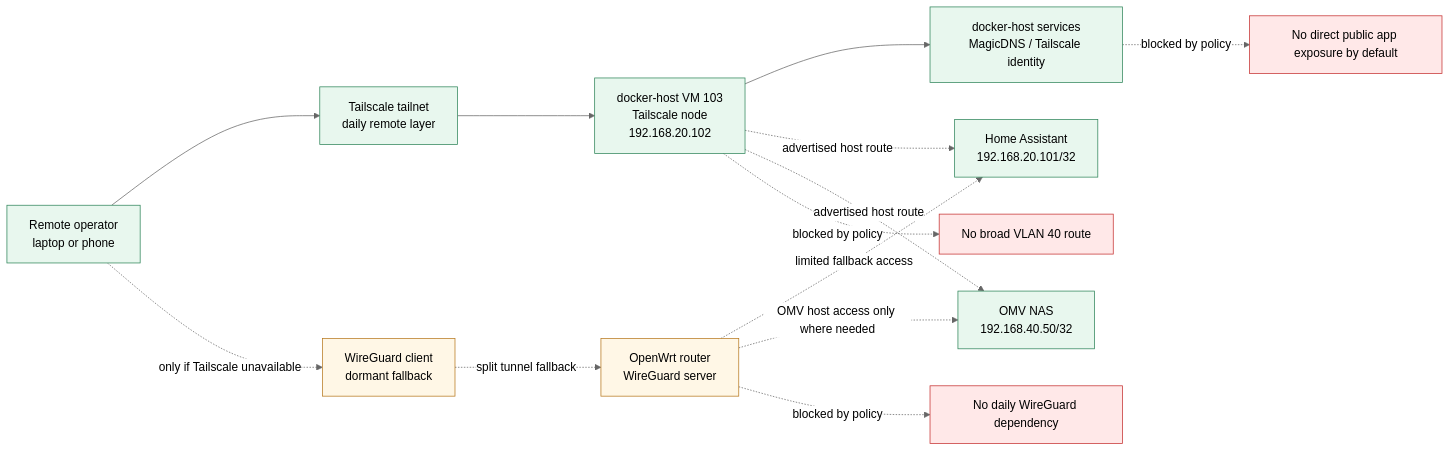
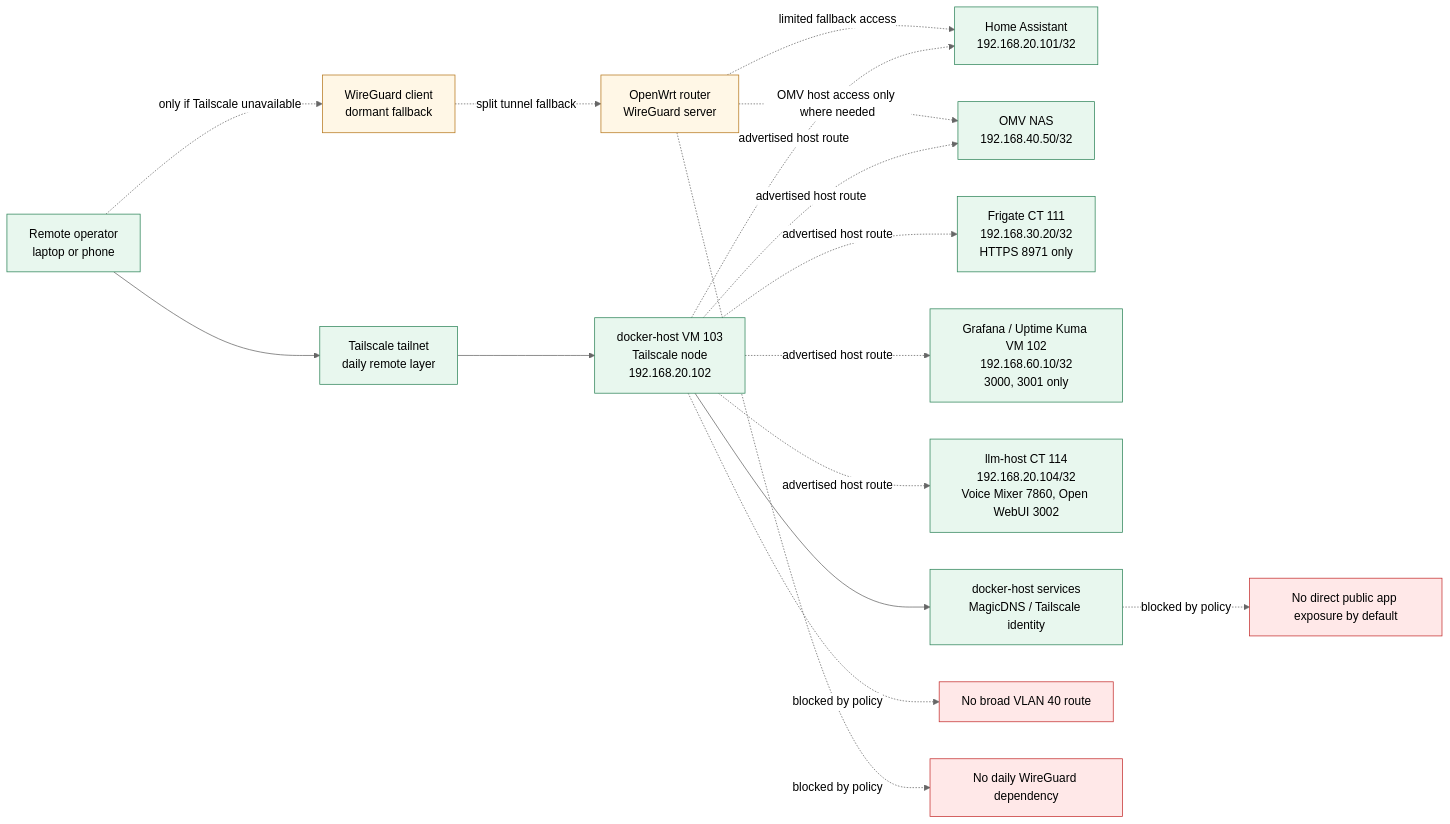
Before and after one commit to Nysplaidame/home-automation-project: the diagram in main/docs/diagrams/network/remote-access-flow.mermaid, drawn with Mermaid (neutral theme). The commit also changed 22 other files, not shown here.

First line of the commit message:
Update docs, diagrams and wiki for Voice Mixer and llm-host Tailscale route

```diff
--- a/main/docs/diagrams/network/remote-access-flow.mermaid
+++ b/main/docs/diagrams/network/remote-access-flow.mermaid
@@ -1,36 +1,42 @@
 flowchart LR
     RemoteUser["Remote operator<br/>laptop or phone"]
     Tailnet["Tailscale tailnet<br/>daily remote layer"]
     DockerHost["docker-host VM 103<br/>Tailscale node<br/>192.168.20.102"]
     HA["Home Assistant<br/>192.168.20.101/32"]
     OMV["OMV NAS<br/>192.168.40.50/32"]
+    Frigate["Frigate CT 111<br/>192.168.30.20/32<br/>HTTPS 8971 only"]
+    Monitoring["Grafana / Uptime Kuma VM 102<br/>192.168.60.10/32<br/>3000, 3001 only"]
+    LLM["llm-host CT 114<br/>192.168.20.104/32<br/>Voice Mixer 7860, Open WebUI 3002"]
     DockerServices["docker-host services<br/>MagicDNS / Tailscale identity"]
     Router["OpenWrt router<br/>WireGuard server"]
     WGClient["WireGuard client<br/>dormant fallback"]
 
     RemoteUser --> Tailnet
     Tailnet --> DockerHost
     DockerHost --> DockerServices
     DockerHost -.->|"advertised host route"| HA
     DockerHost -.->|"advertised host route"| OMV
+    DockerHost -.->|"advertised host route"| Frigate
+    DockerHost -.->|"advertised host route"| Monitoring
+    DockerHost -.->|"advertised host route"| LLM
 
     RemoteUser -.->|"only if Tailscale unavailable"| WGClient
     WGClient -.->|"split tunnel fallback"| Router
     Router -.->|"limited fallback access"| HA
     Router -.->|"OMV host access only where needed"| OMV
 
     Blocked1["No broad VLAN 40 route"]
     Blocked2["No daily WireGuard dependency"]
     Blocked3["No direct public app exposure by default"]
 
     DockerHost -.->|"blocked by policy"| Blocked1
     Router -.->|"blocked by policy"| Blocked2
     DockerServices -.->|"blocked by policy"| Blocked3
 
     classDef allowed fill:#e8f7ee,stroke:#2f855a,stroke-width:1px
     classDef fallback fill:#fff7e6,stroke:#b7791f,stroke-width:1px
     classDef blocked fill:#ffe8e8,stroke:#c53030,stroke-width:1px
 
-    class RemoteUser,Tailnet,DockerHost,HA,OMV,DockerServices allowed
+    class RemoteUser,Tailnet,DockerHost,HA,OMV,Frigate,Monitoring,LLM,DockerServices allowed
     class Router,WGClient fallback
     class Blocked1,Blocked2,Blocked3 blocked
```
